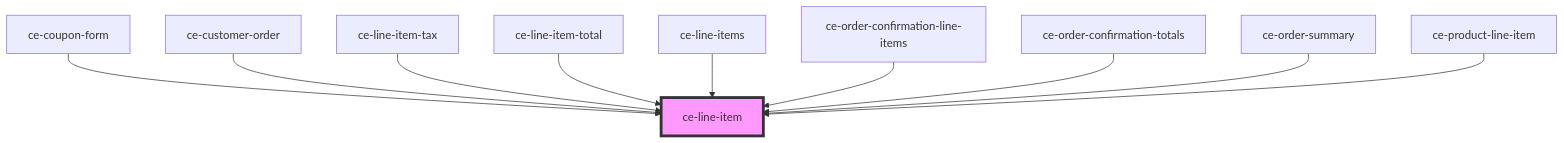
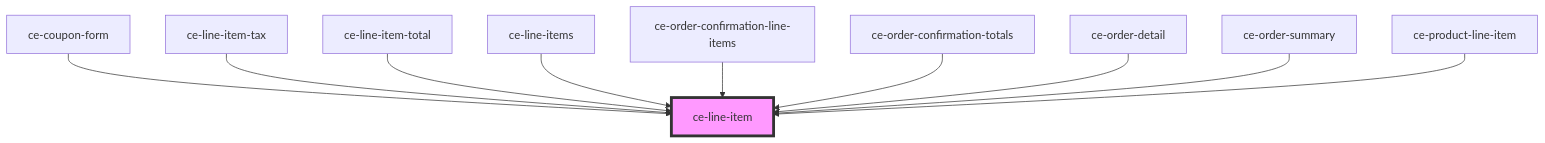
Before and after one commit to surecart/surecart-wp-plugin: the diagram in packages/components/src/components/ui/line-item/readme.md, drawn with Mermaid. The commit also changed other lines of this file and 162 other files, not shown here.

````diff
--- a/packages/components/src/components/ui/line-item/readme.md
+++ b/packages/components/src/components/ui/line-item/readme.md
@@ -53,13 +53,13 @@
 ```mermaid
 graph TD;
   ce-coupon-form --> ce-line-item
-  ce-customer-order --> ce-line-item
   ce-line-item-tax --> ce-line-item
   ce-line-item-total --> ce-line-item
   ce-line-items --> ce-line-item
   ce-order-confirmation-line-items --> ce-line-item
   ce-order-confirmation-totals --> ce-line-item
+  ce-order-detail --> ce-line-item
   ce-order-summary --> ce-line-item
   ce-product-line-item --> ce-line-item
   style ce-line-item fill:#f9f,stroke:#333,stroke-width:4px
 ```
````
